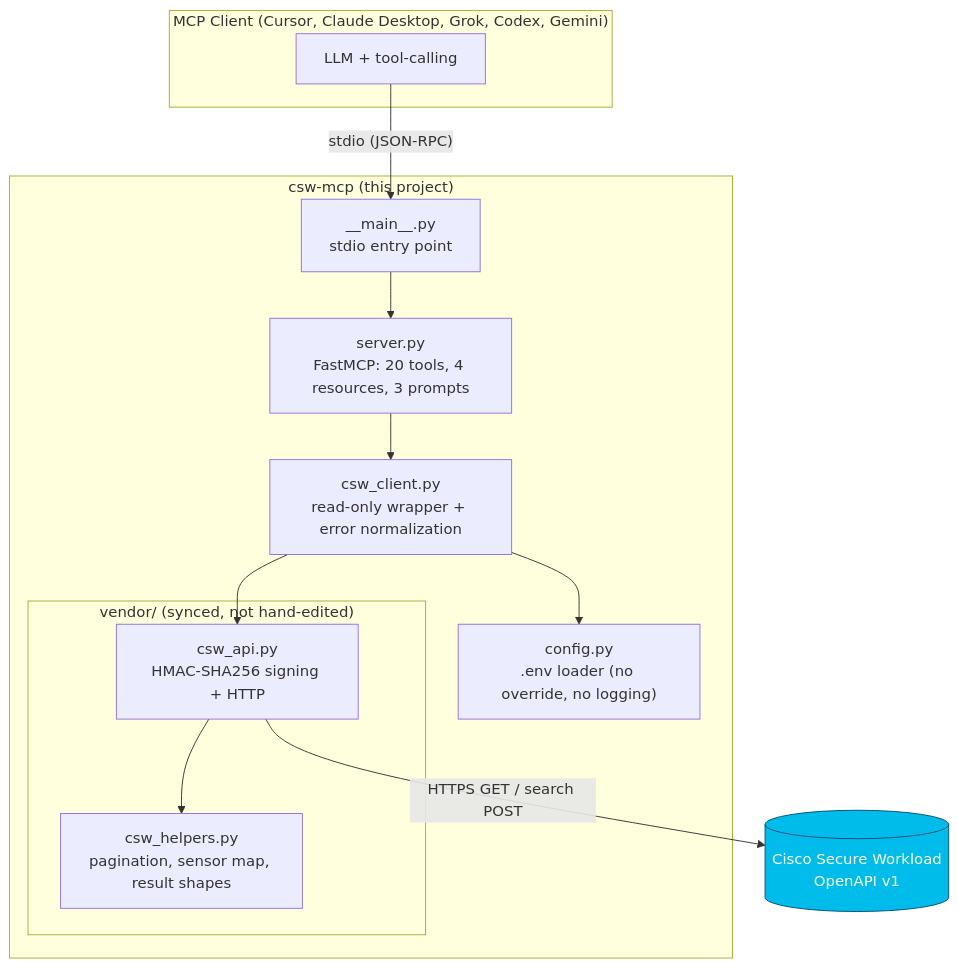
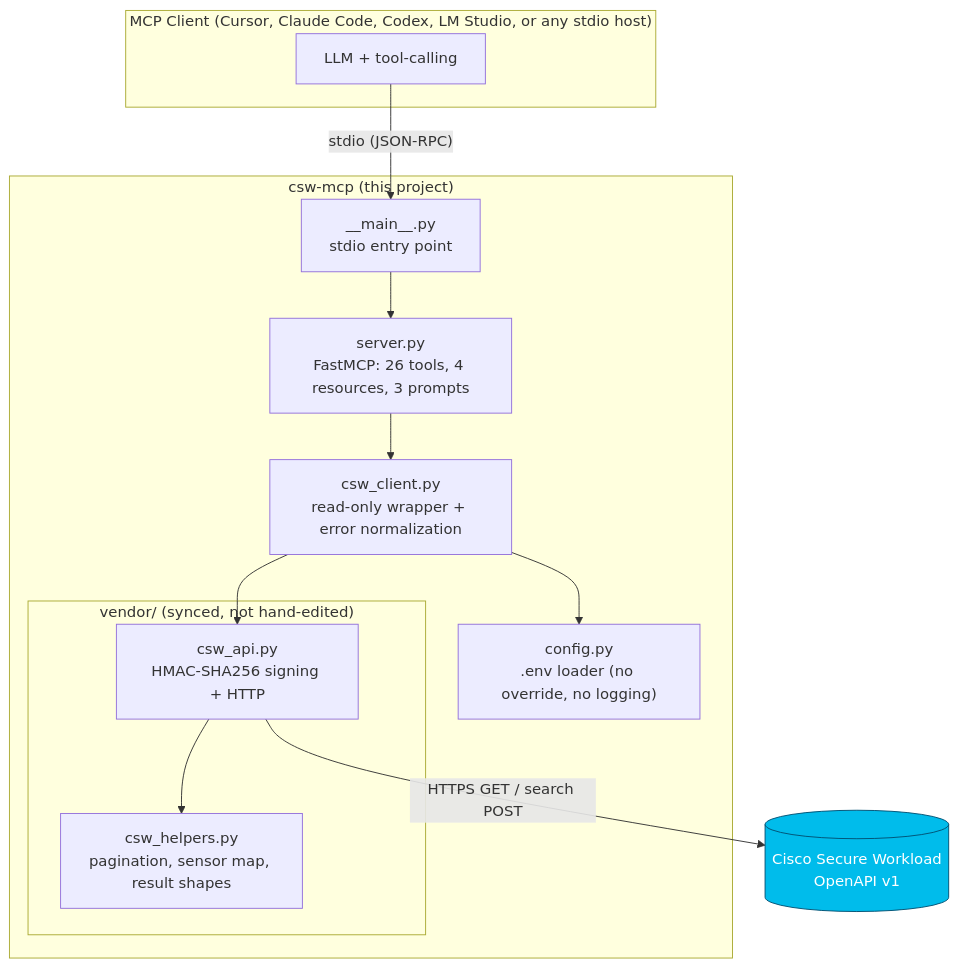
The first of 2 diagrams in docs/ARCHITECTURE.md (chandrapati/csw-mcp), drawn with Mermaid before and after one commit. The commit also changed 9 other files, not shown here.

First line of the commit message:
Document Cisco field Mac and multi-client install, and add the read-only directory tools.

````diff
--- a/docs/ARCHITECTURE.md
+++ b/docs/ARCHITECTURE.md
@@ -8,29 +8,29 @@
 ```mermaid
 flowchart TB
-    subgraph Client["MCP Client (Cursor, Claude Desktop, Grok, Codex, Gemini)"]
+    subgraph Client["MCP Client (Cursor, Claude Code, Codex, LM Studio, or any stdio host)"]
         LLM[LLM + tool-calling]
     end
 
     subgraph Server["csw-mcp (this project)"]
         M["__main__.py<br/>stdio entry point"]
-        SV["server.py<br/>FastMCP: 20 tools, 4 resources, 3 prompts"]
+        SV["server.py<br/>FastMCP: 26 tools, 4 resources, 3 prompts"]
         CL["csw_client.py<br/>read-only wrapper + error normalization"]
         CF["config.py<br/>.env loader (no override, no logging)"]
         subgraph Vendor["vendor/ (synced, not hand-edited)"]
             API["csw_api.py<br/>HMAC-SHA256 signing + HTTP"]
             H["csw_helpers.py<br/>pagination, sensor map, result shapes"]
         end
     end
 
     CSW[(Cisco Secure Workload<br/>OpenAPI v1)]
 
     LLM -- "stdio (JSON-RPC)" --> M --> SV
     SV --> CL
     CL --> CF
     CL --> API
     API --> H
     API -- "HTTPS GET / search POST" --> CSW
 
     classDef cisco fill:#00bceb,stroke:#005073,color:#fff;
     class CSW cisco;
 ```
````
